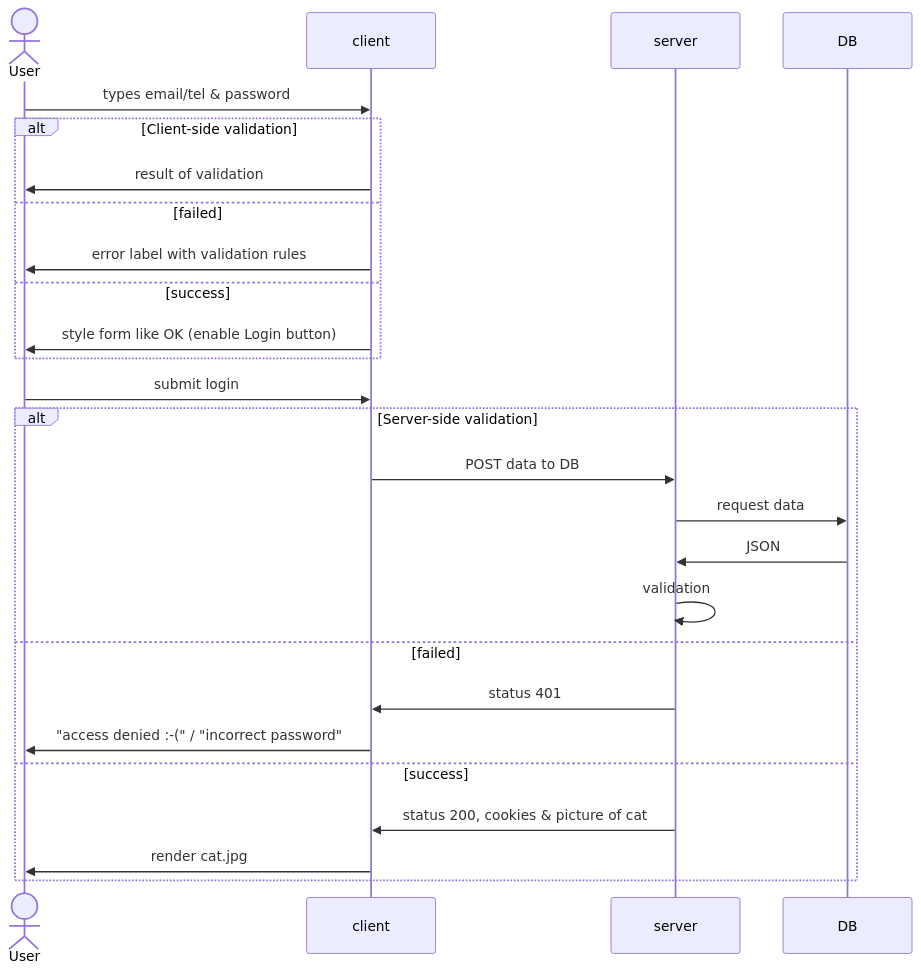
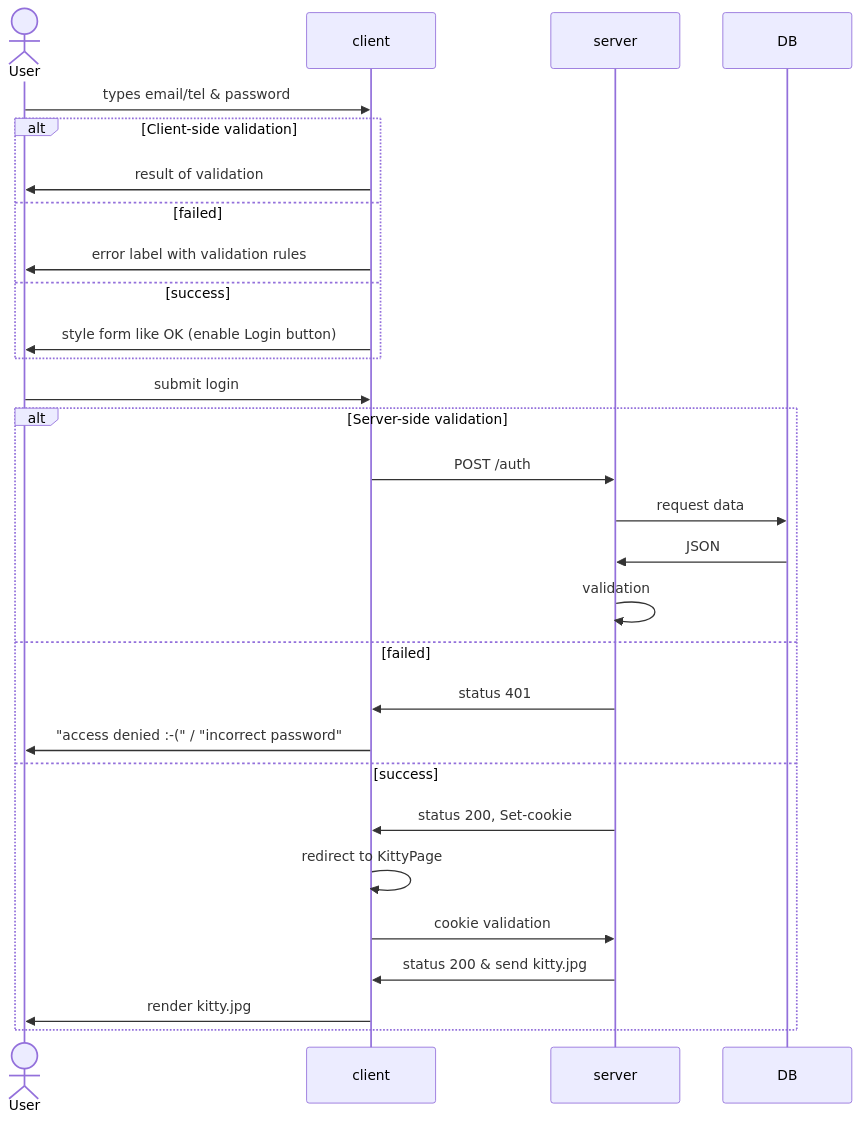
The diagram in mermaid.md (PoliGanina/ganina_rmr_hw_server), drawn with Mermaid before and after one commit.

````diff
--- a/mermaid.md
+++ b/mermaid.md
@@ -1,34 +1,37 @@
 ```mermaid
 sequenceDiagram
     %%https://mermaid-js.github.io/mermaid/#/sequenceDiagram
     actor User
     participant client
     participant server
     participant DB
 
     User->>client: types email/tel & password 
 
     alt Client-side validation
         client->>User: result of validation
     else failed
         client->>User: error label with validation rules
     else success
         client->>User: style form like OK (enable Login button)
     end
 
     User->>client: submit login
 
     alt Server-side validation
-        client->>server: POST data to DB
+        client->>server: POST /auth
         server->>DB: request data 
         DB->>server: JSON
         server->>server: validation
     else failed
         server->>client: status 401
         client->>User: "access denied :-(" / "incorrect password"
     else success
-        server->>client: status 200, cookies & picture of cat
-        client->>User: render cat.jpg
+        server->>client: status 200, Set-cookie;
+        client->>client: redirect to KittyPage;
+        client->>server: cookie validation;
+        server->>client: status 200 & send kitty.jpg;
+        client->>User: render kitty.jpg;
     end
 
 ```
````
